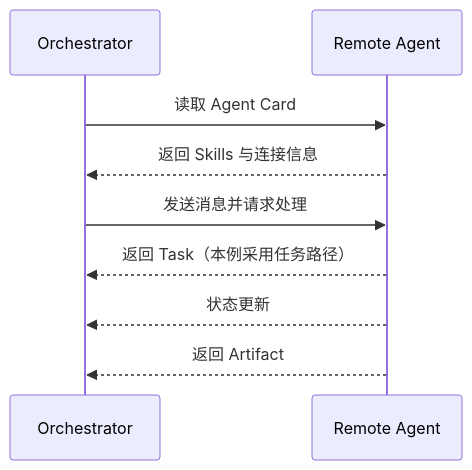
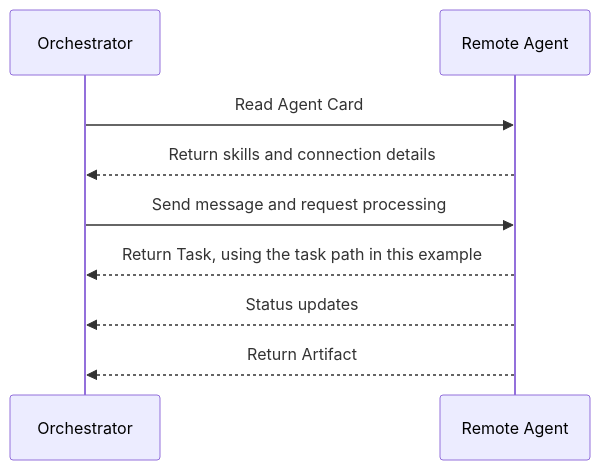
Diagram 13 of 19 in docs/agent/04-multi-agent/09-single-vs-multi-agent.md (oneleaveknowsthefall/awesome-ai-roadmap), drawn with Mermaid before and after one commit. The commit also changed other lines of this file and 68 other files, not shown here.

````diff
--- a/docs/agent/04-multi-agent/09-single-vs-multi-agent.md
+++ b/docs/agent/04-multi-agent/09-single-vs-multi-agent.md
@@ -688,12 +694,12 @@
 ```mermaid
 sequenceDiagram
     participant O as Orchestrator
     participant R as Remote Agent
 
-    O->>R: 读取 Agent Card
-    R-->>O: 返回 Skills 与连接信息
-    O->>R: 发送消息并请求处理
-    R-->>O: 返回 Task（本例采用任务路径）
-    R-->>O: 状态更新
-    R-->>O: 返回 Artifact
+    O->>R: Read Agent Card
+    R-->>O: Return skills and connection details
+    O->>R: Send message and request processing
+    R-->>O: Return Task, using the task path in this example
+    R-->>O: Status updates
+    R-->>O: Return Artifact
 ```
````
